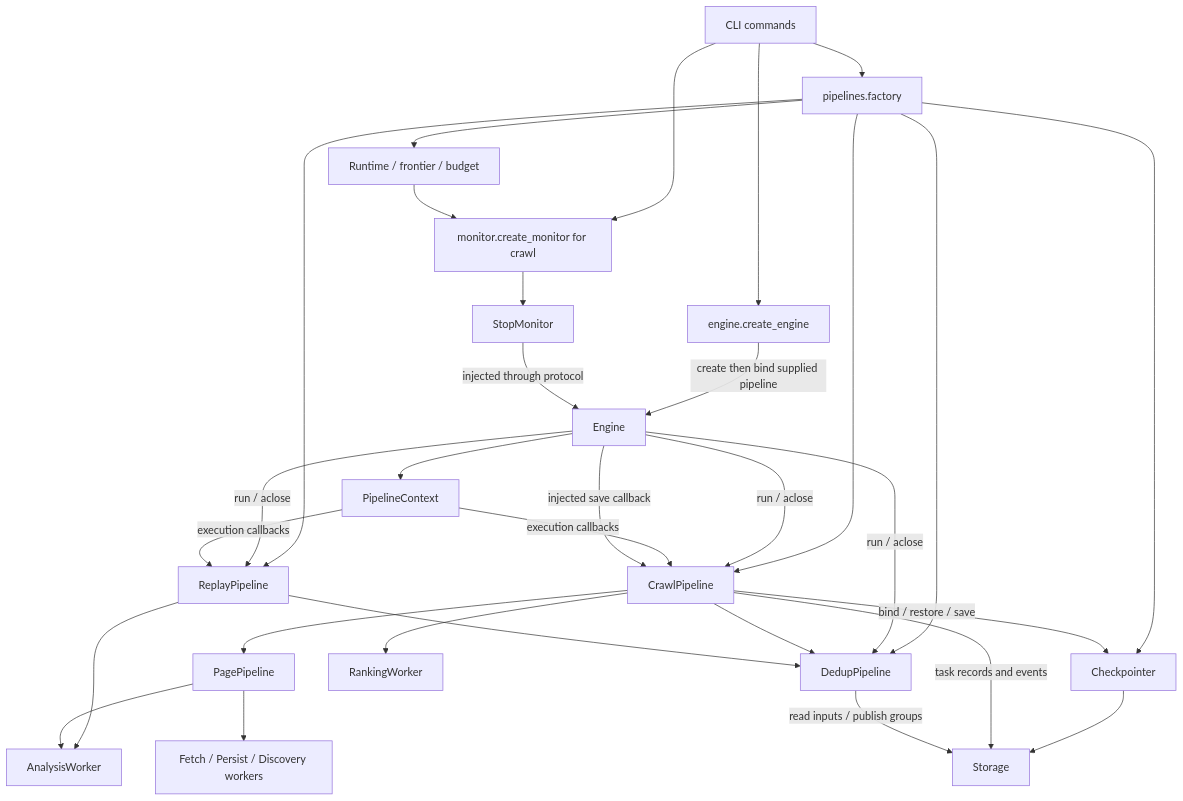
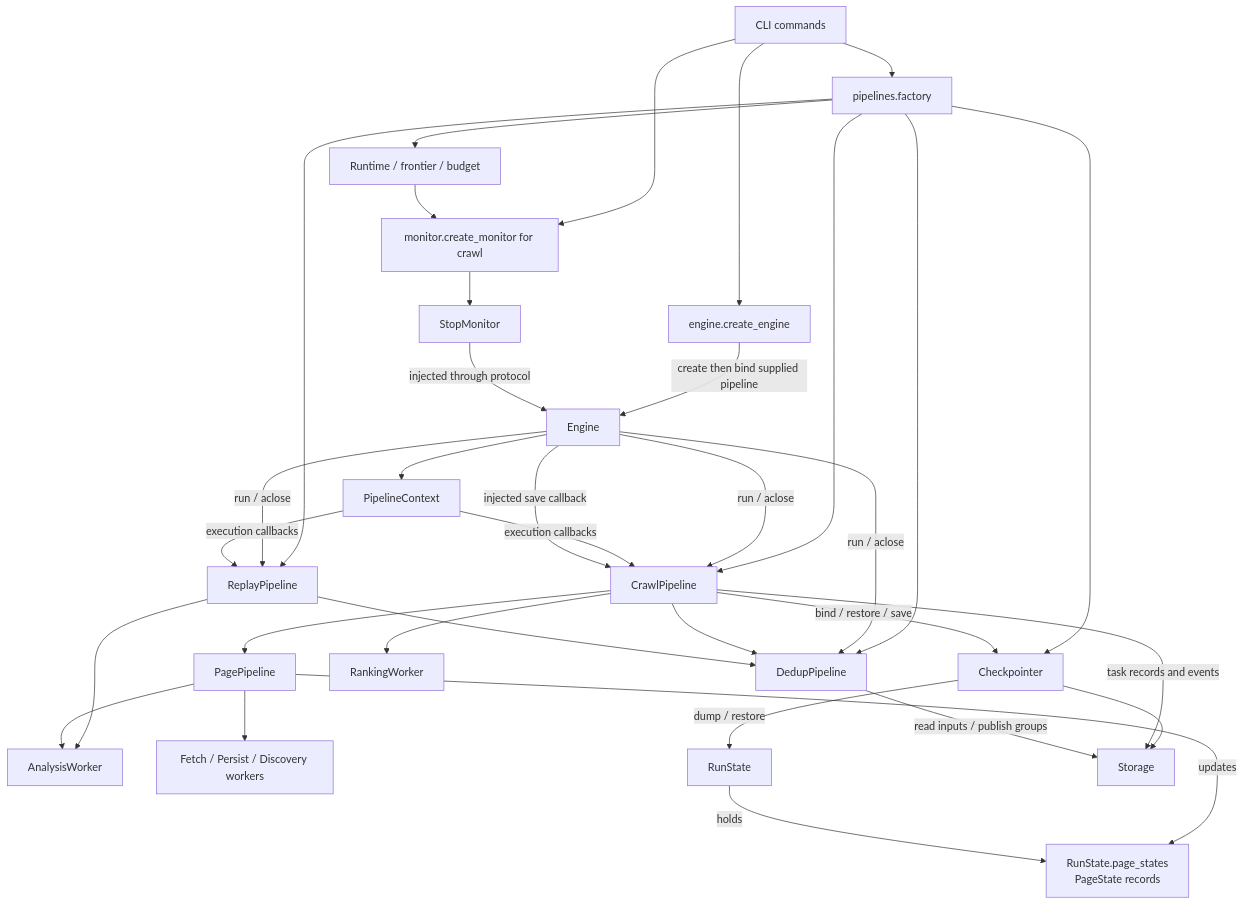
One commit to shixuan/crawl-me-maybe changed the first of 8 diagrams in docs/engine.md. Above: the diagram before and after it, drawn with Mermaid. The commit also changed other lines of this file and 18 other files, not shown here.

````diff
--- a/docs/engine.md
+++ b/docs/engine.md
@@ -12,33 +13,36 @@
 ```mermaid
 flowchart TB
     CLI[CLI commands] --> PF[pipelines.factory]
     CLI --> MF[monitor.create_monitor for crawl]
     CLI --> EF[engine.create_engine]
     PF --> Shared[Runtime / frontier / budget]
     Shared --> MF
     MF --> Monitor[StopMonitor]
     PF --> Crawl[CrawlPipeline]
     PF --> Replay[ReplayPipeline]
     PF --> Dedup[DedupPipeline]
     EF -->|create then bind supplied pipeline| Engine
     Monitor -->|injected through protocol| Engine
     Engine -->|run / aclose| Crawl
     Engine -->|run / aclose| Replay
     Engine -->|run / aclose| Dedup
     Engine --> Context[PipelineContext]
     Context -->|execution callbacks| Crawl
     Context -->|execution callbacks| Replay
     Crawl --> Page[PagePipeline]
+    Page -->|updates| PageStates["RunState.page_states<br/>PageState records"]
     Crawl --> Dedup
     Replay --> Dedup
     Replay --> Analysis[AnalysisWorker]
     Page --> Analysis
     Page --> Workers[Fetch / Persist / Discovery workers]
     Crawl --> Ranking[RankingWorker]
     PF --> CP[Checkpointer]
+    CP -->|dump / restore| RunState[RunState]
+    RunState -->|holds| PageStates
     Crawl -->|bind / restore / save| CP
     Engine -->|injected save callback| Crawl
     CP --> Storage[Storage]
     Crawl -->|task records and events| Storage
     Dedup -->|read inputs / publish groups| Storage
 ```
````
